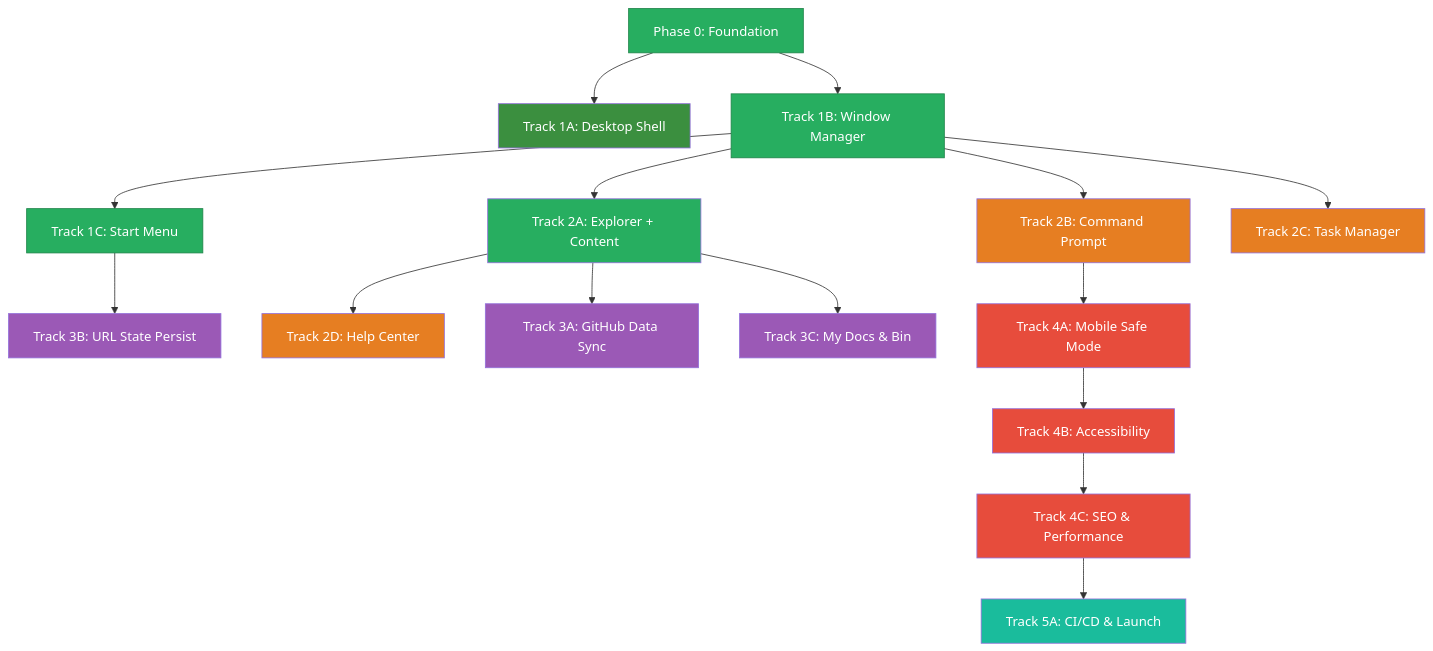
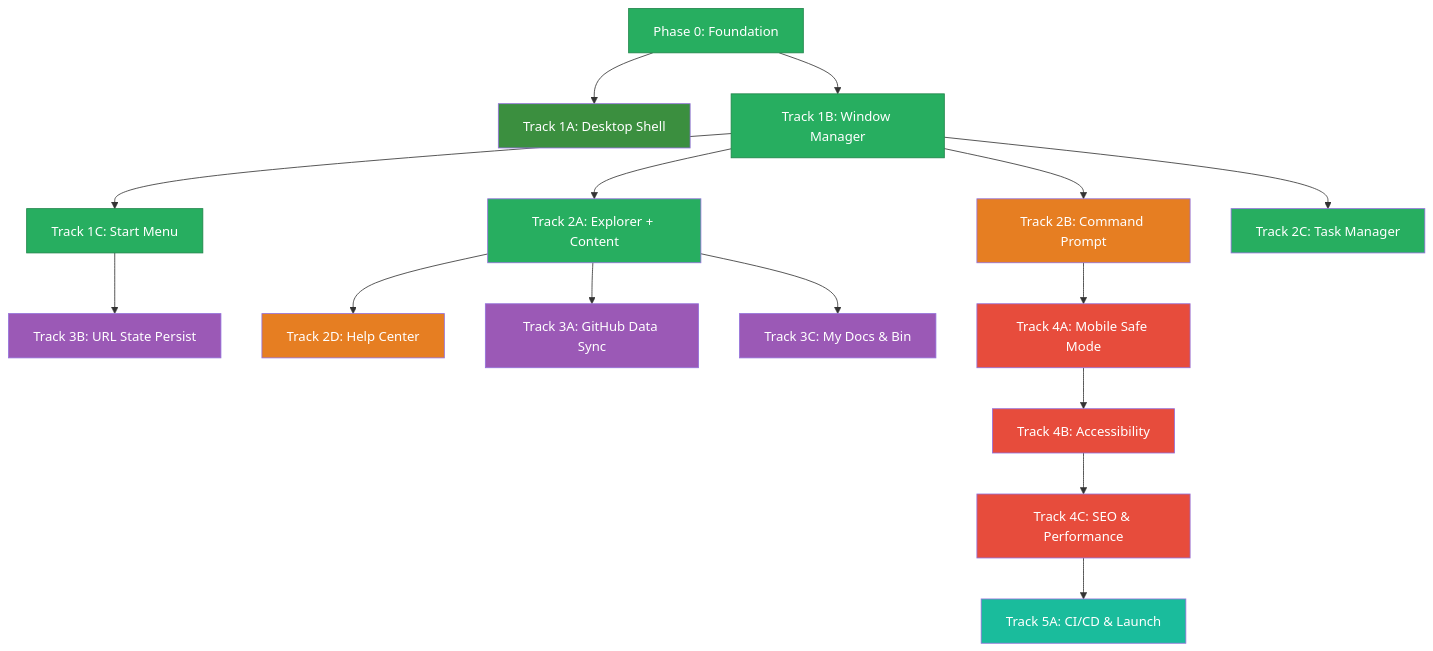
The second of 2 diagrams in docs/ROADMAP.md (mansyar/portfolio-v3), drawn with Mermaid before and after one commit. The commit also changed other lines of this file and 6 other files, not shown here.

````diff
--- a/docs/ROADMAP.md
+++ b/docs/ROADMAP.md
@@ -717,33 +749,33 @@
 ```mermaid
 graph TD
     P0[Phase 0: Foundation] --> T1A[Track 1A: Desktop Shell]
     P0 --> T1B[Track 1B: Window Manager]
     T1B --> T1C[Track 1C: Start Menu]
     T1B --> T2A[Track 2A: Explorer + Content]
     T1B --> T2B[Track 2B: Command Prompt]
     T1B --> T2C[Track 2C: Task Manager]
     T2A --> T2D[Track 2D: Help Center]
     T2A --> T3A[Track 3A: GitHub Data Sync]
     T1C --> T3B[Track 3B: URL State Persist]
     T2A --> T3C[Track 3C: My Docs & Bin]
     T2B --> T4A[Track 4A: Mobile Safe Mode]
     T4A --> T4B[Track 4B: Accessibility]
     T4B --> T4C[Track 4C: SEO & Performance]
     T4C --> T5A[Track 5A: CI/CD & Launch]
 
     style P0 fill:#27ae60,color:#fff,stroke:#1e8449
     style T1A fill:#3b8f3f,color:#fff
     style T1B fill:#27ae60,color:#fff,stroke:#1e8449
     style T1C fill:#27ae60,color:#fff,stroke:#1e8449
     style T2A fill:#27ae60,color:#fff
     style T2B fill:#e67e22,color:#fff
-    style T2C fill:#e67e22,color:#fff
+    style T2C fill:#27ae60,color:#fff
     style T2D fill:#e67e22,color:#fff
     style T3A fill:#9b59b6,color:#fff
     style T3B fill:#9b59b6,color:#fff
     style T3C fill:#9b59b6,color:#fff
     style T4A fill:#e74c3c,color:#fff
     style T4B fill:#e74c3c,color:#fff
     style T4C fill:#e74c3c,color:#fff
     style T5A fill:#1abc9c,color:#fff
 ```
````
